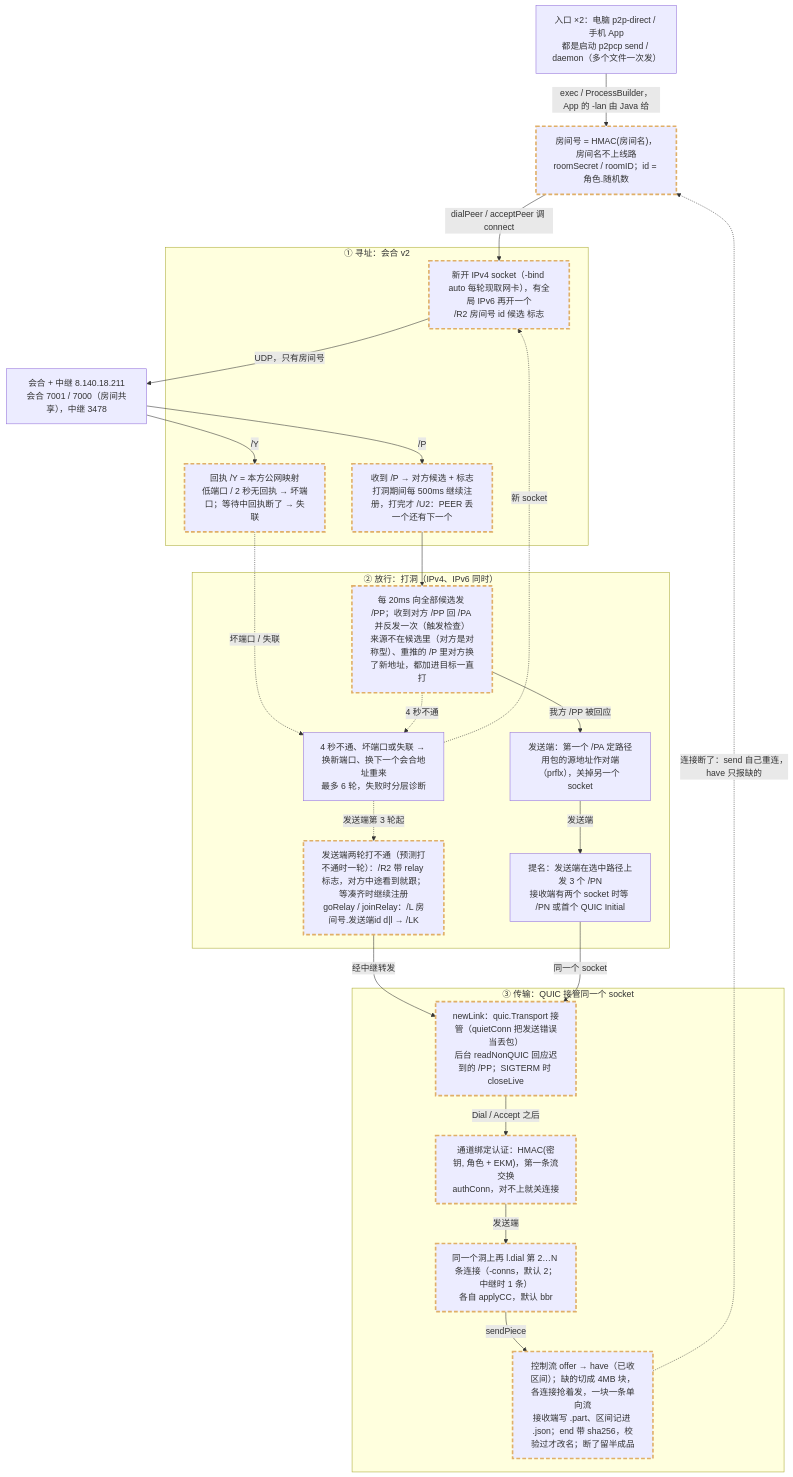
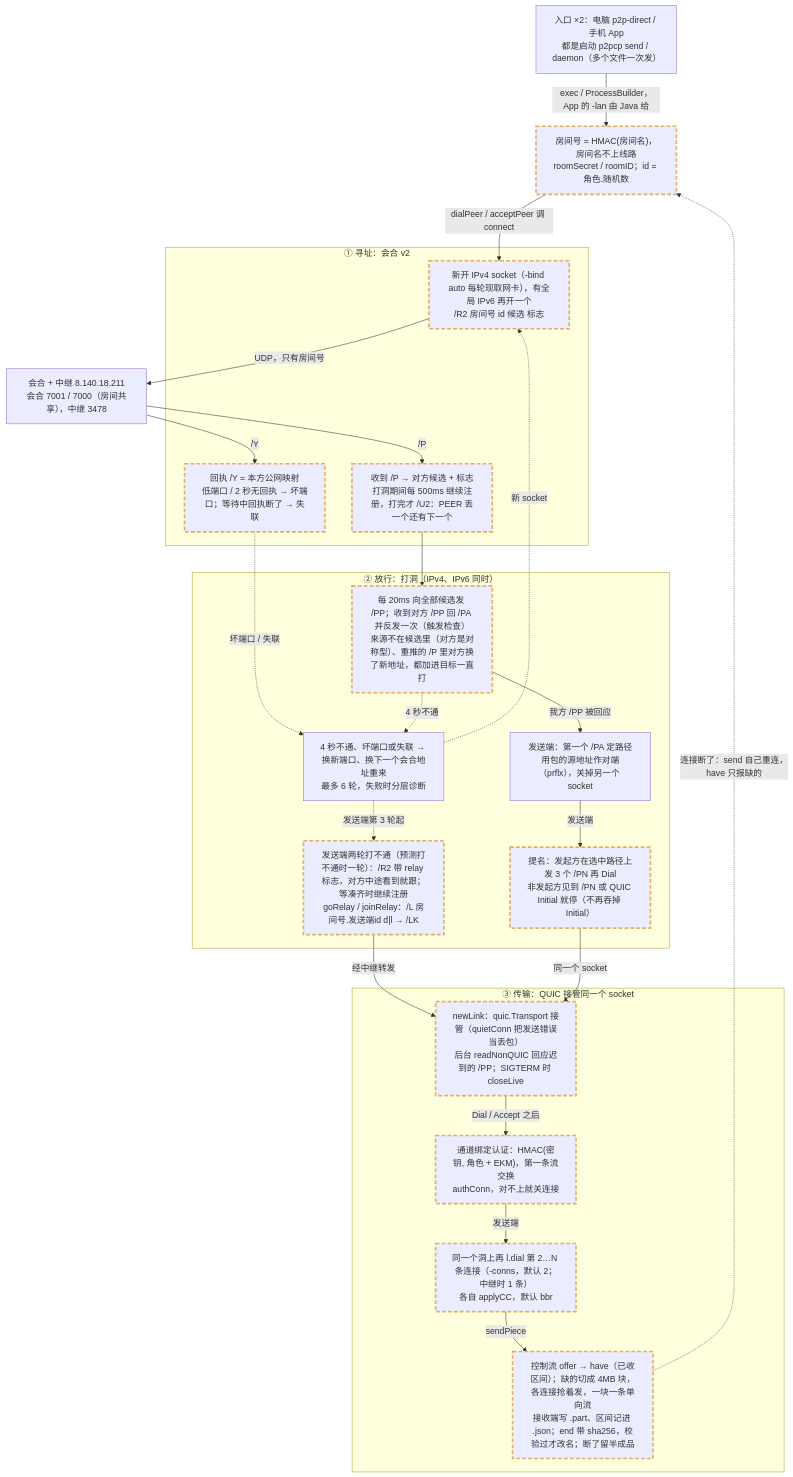
The diagram in docs/arch/24-flow-p2pcp.mmd (numb747/uu-remote-study), drawn with Mermaid before and after one commit. The commit also changed 2 other files, not shown here.

Commit message:
架构设计：第 6 步落图（check -room），DESIGN 记下决策 24~25
- 26-flow-preflight：entry_check、pairtest 转正，只剩 upgrade（第 7 步）是 planned
- 24-flow-p2pcp：nom 节点改成「非发起方见到 /PN 或 QUIC Initial 就停」

```diff
--- a/docs/arch/24-flow-p2pcp.mmd
+++ b/docs/arch/24-flow-p2pcp.mmd
@@ -1,60 +1,60 @@
 flowchart TD
   entry["入口 ×2：电脑 p2p-direct / 手机 App<br/>都是启动 p2pcp send / daemon（多个文件一次发）"]
   rid["房间号 = HMAC(房间名)，房间名不上线路<br/>roomSecret / roomID；id = 角色.随机数"]:::changed
   rdv["会合 + 中继 8.140.18.211<br/>会合 7001 / 7000（房间共享），中继 3478"]
 
   subgraph addr["① 寻址：会合 v2"]
     reg["新开 IPv4 socket（-bind auto 每轮现取网卡），有全局 IPv6 再开一个<br/>/R2 房间号 id 候选 标志"]:::changed
     you["回执 /Y = 本方公网映射<br/>低端口 / 2 秒无回执 → 坏端口；等待中回执断了 → 失联"]:::changed
     peer["收到 /P → 对方候选 + 标志<br/>打洞期间每 500ms 继续注册，打完才 /U2：PEER 丢一个还有下一个"]:::changed
   end
   subgraph pass["② 放行：打洞（IPv4、IPv6 同时）"]
     punch["每 20ms 向全部候选发 /PP；收到对方 /PP 回 /PA 并反发一次（触发检查）<br/>来源不在候选里（对方是对称型）、重推的 /P 里对方换了新地址，都加进目标一直打"]:::changed
     chosen["发送端：第一个 /PA 定路径<br/>用包的源地址作对端（prflx），关掉另一个 socket"]
-    nom["提名：发送端在选中路径上发 3 个 /PN<br/>接收端有两个 socket 时等 /PN 或首个 QUIC Initial"]
+    nom["提名：发起方在选中路径上发 3 个 /PN 再 Dial<br/>非发起方见到 /PN 或 QUIC Initial 就停（不再吞掉 Initial）"]:::changed
     retry["4 秒不通、坏端口或失联 → 换新端口、换下一个会合地址重来<br/>最多 6 轮，失败时分层诊断"]
     relay["发送端两轮打不通（预测打不通时一轮）：/R2 带 relay 标志，对方中途看到就跟；等凑齐时继续注册<br/>goRelay / joinRelay：/L 房间号.发送端id d|l → /LK"]:::changed
   end
   subgraph data["③ 传输：QUIC 接管同一个 socket"]
     quic["newLink：quic.Transport 接管（quietConn 把发送错误当丢包）<br/>后台 readNonQUIC 回应迟到的 /PP；SIGTERM 时 closeLive"]:::changed
     auth["通道绑定认证：HMAC(密钥, 角色 + EKM)，第一条流交换<br/>authConn，对不上就关连接"]:::changed
     conns["同一个洞上再 l.dial 第 2…N 条连接（-conns，默认 2；中继时 1 条）<br/>各自 applyCC，默认 bbr"]:::changed
     pieces["控制流 offer → have（已收区间）；缺的切成 4MB 块，各连接抢着发，一块一条单向流<br/>接收端写 .part、区间记进 .json；end 带 sha256，校验过才改名；断了留半成品"]:::changed
   end
 
   entry -->|"exec / ProcessBuilder，App 的 -lan 由 Java 给"| rid
   rid -->|"dialPeer / acceptPeer 调 connect"| reg
   reg -->|"UDP，只有房间号"| rdv
   rdv -->|"/Y"| you
   rdv -->|"/P"| peer
   you -.->|"坏端口 / 失联"| retry
   peer --> punch
   punch -->|"我方 /PP 被回应"| chosen
   chosen -->|"发送端"| nom
   punch -.->|"4 秒不通"| retry
   retry -.->|"新 socket"| reg
   retry -.->|"发送端第 3 轮起"| relay
   relay -->|"经中继转发"| quic
   nom -->|"同一个 socket"| quic
   quic -->|"Dial / Accept 之后"| auth
   auth -->|"发送端"| conns
   conns -->|"sendPiece"| pieces
   pieces -.->|"连接断了：send 自己重连，have 只报缺的"| rid
 
 %% @src entry apps/pc/p2p-direct case ${1:-} in
 %% @src rid lab/p2pcp/auth.go func roomID(
 %% @src rdv lab/punch/main.go func runServer
 %% @src reg lab/p2pcp/rdv.go return []byte(fmt.Sprintf("/R2
 %% @src you lab/p2pcp/rdv.go f[0] == "/Y"
 %% @src peer lab/p2pcp/rdv.go // 打洞期间继续每 500ms 注册一次
 %% @src punch lab/p2pcp/rdv.go via.WriteToUDP(pktPunch, a)
 %% @src chosen lab/p2pcp/rdv.go choose := func(c *net.UDPConn
 %% @src nom lab/p2pcp/rdv.go chosenOn.WriteToUDP(pktNom, chosen)
 %% @src retry lab/p2pcp/rdv.go const attempts = 6
 %% @src relay lab/p2pcp/rdv.go func joinRelay(
 %% @src quic lab/p2pcp/link.go func newLink(
 %% @src auth lab/p2pcp/auth.go func authConn(
 %% @src conns lab/p2pcp/transfer.go c, err := l.dial()
 %% @src pieces lab/p2pcp/transfer.go func recvFile(
 %% @link entry 31-p2p-direct.mmd
 classDef changed stroke:#e0af68,stroke-width:3px,stroke-dasharray:7 4
```
